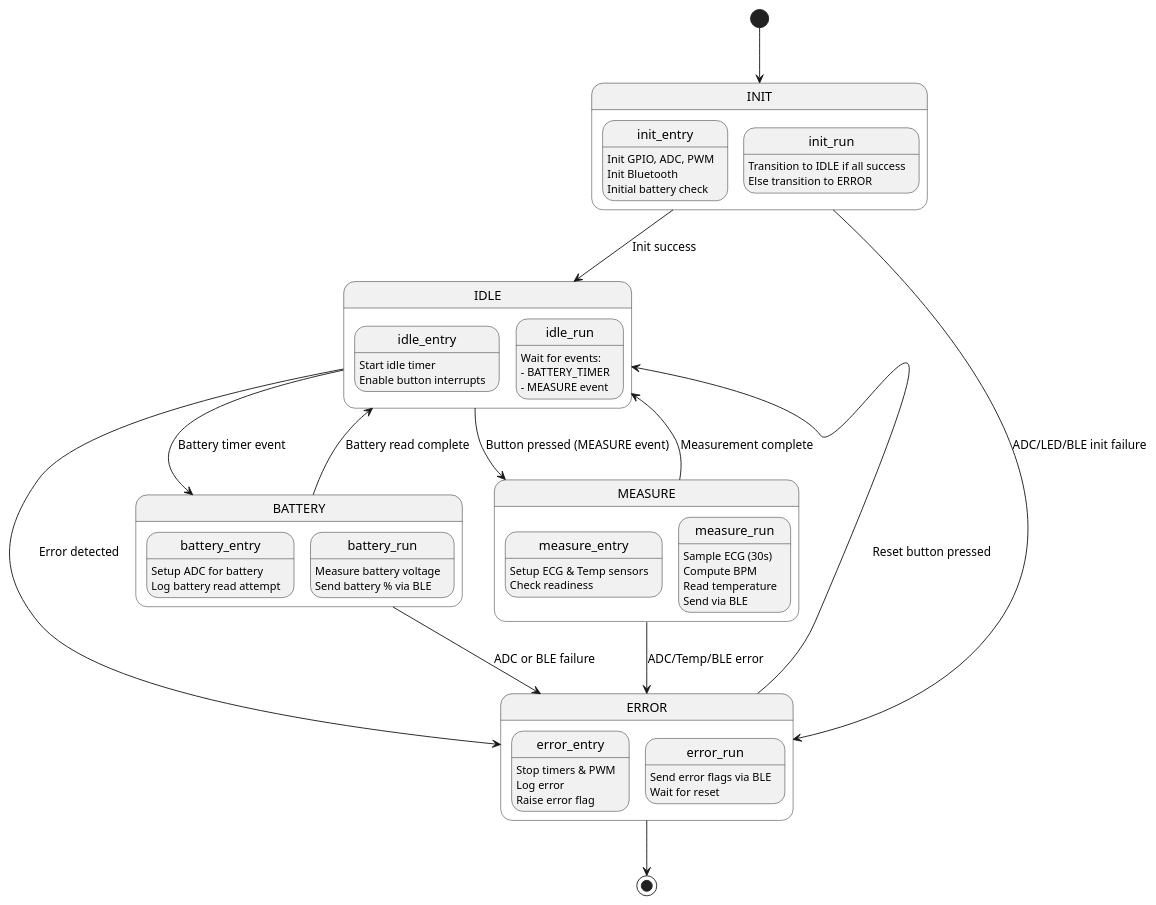
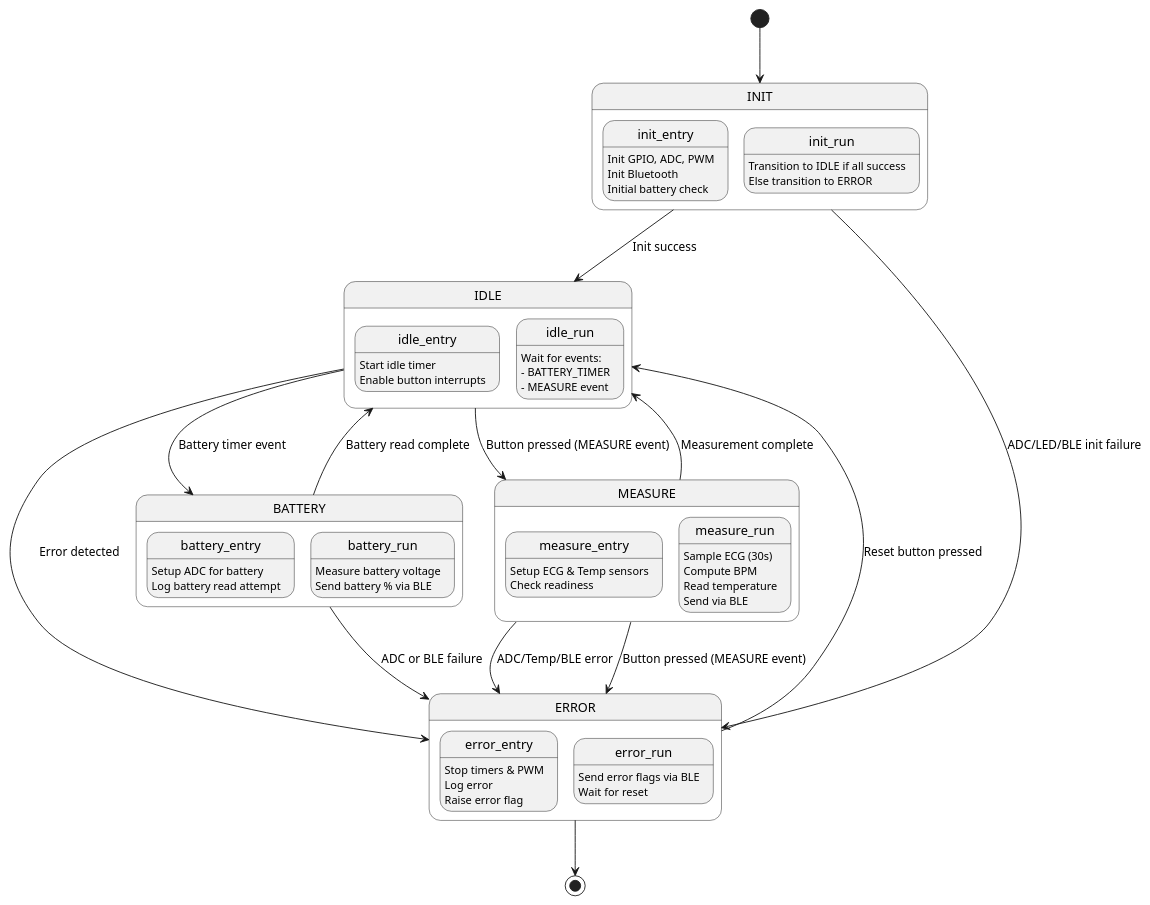
The diagram in state_diagram.puml (ArshSingh02/ecg-temp-ble-project), drawn with PlantUML before and after one commit. The commit also changed 4 other files, not shown here.

Commit message:
Finalizing project. Updated code. Updated state diagram. Replaced state_diagram.png.

```diff
--- a/state_diagram.puml
+++ b/state_diagram.puml
@@ -1,42 +1,43 @@
 @startuml
 top to bottom direction
 
 [*] --> INIT
 
 state INIT {
     init_entry: Init GPIO, ADC, PWM\nInit Bluetooth\nInitial battery check
     init_run: Transition to IDLE if all success\nElse transition to ERROR
 }
 INIT --> IDLE : Init success  
 INIT --> ERROR : ADC/LED/BLE init failure
 
 state IDLE {
     idle_entry: Start idle timer\nEnable button interrupts  
     idle_run: Wait for events:\n- BATTERY_TIMER\n- MEASURE event  
 }
 IDLE --> BATTERY : Battery timer event  
 IDLE --> MEASURE : Button pressed (MEASURE event)  
 IDLE --> ERROR : Error detected  
 
 state BATTERY {
     battery_entry: Setup ADC for battery\nLog battery read attempt  
     battery_run: Measure battery voltage\nSend battery % via BLE  
 }
 BATTERY --> IDLE : Battery read complete  
 BATTERY --> ERROR : ADC or BLE failure  
 
 state MEASURE {
     measure_entry: Setup ECG & Temp sensors\nCheck readiness  
     measure_run: Sample ECG (30s)\nCompute BPM\nRead temperature\nSend via BLE  
 }
 MEASURE --> IDLE : Measurement complete  
-MEASURE --> ERROR : ADC/Temp/BLE error  
+MEASURE --> ERROR : ADC/Temp/BLE error 
+MEASURE --> ERROR : Button pressed (MEASURE event)  
 
 state ERROR {
     error_entry: Stop timers & PWM\nLog error\nRaise error flag  
     error_run: Send error flags via BLE\nWait for reset  
 }
 ERROR --> IDLE : Reset button pressed
 ERROR --> [*]
 
 @enduml
```
